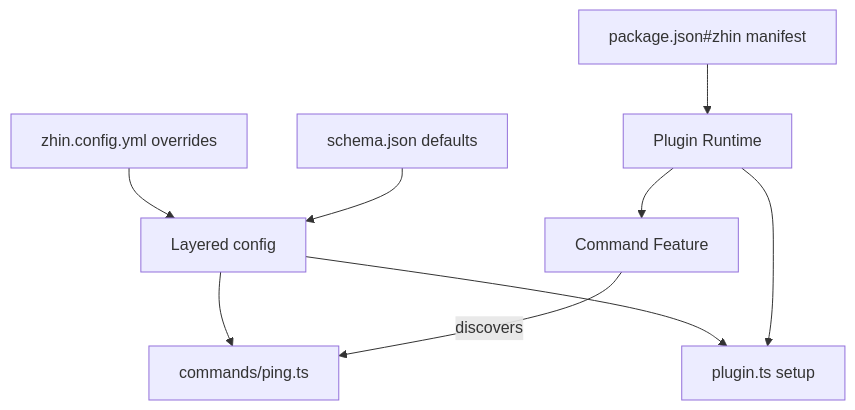
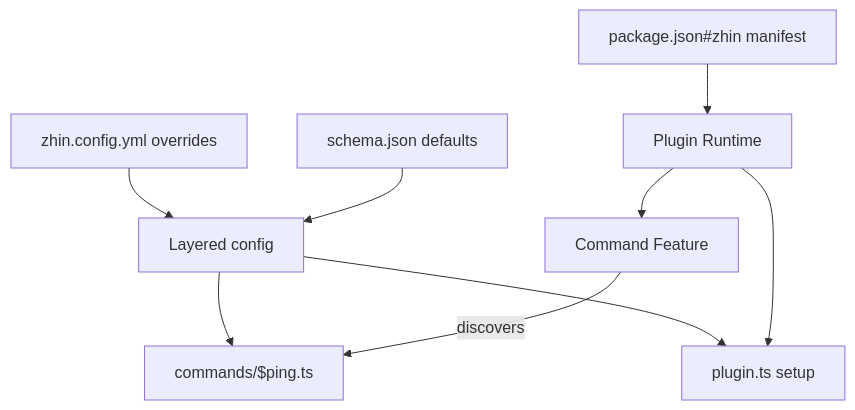
One commit to zhinjs/zhin changed the diagram in docs/en/getting-started/first-plugin.md. Above: the diagram before and after it, drawn with Mermaid. The commit also changed other lines of this file and 669 other files, not shown here.

````diff
--- a/docs/en/getting-started/first-plugin.md
+++ b/docs/en/getting-started/first-plugin.md
@@ -184,11 +184,11 @@
 ```mermaid
 flowchart TD
   M[package.json#zhin manifest] --> R[Plugin Runtime]
   R --> F[Command Feature]
-  F -->|discovers| C[commands/ping.ts]
+  F -->|discovers| C[commands/$ping.ts]
   R --> E[plugin.ts setup]
   S[schema.json defaults] --> CFG[Layered config]
   Y[zhin.config.yml overrides] --> CFG
   CFG --> E
   CFG --> C
 ```
````
